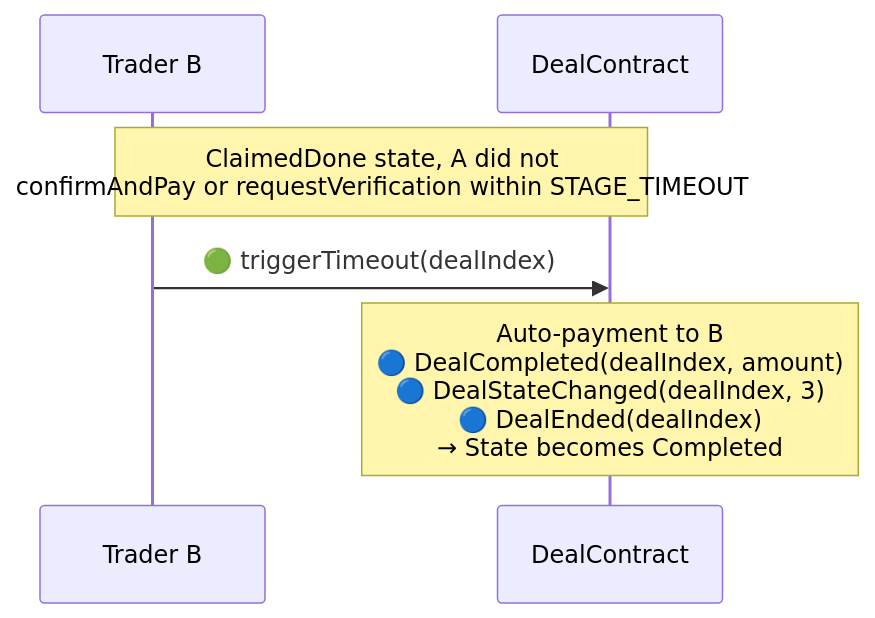
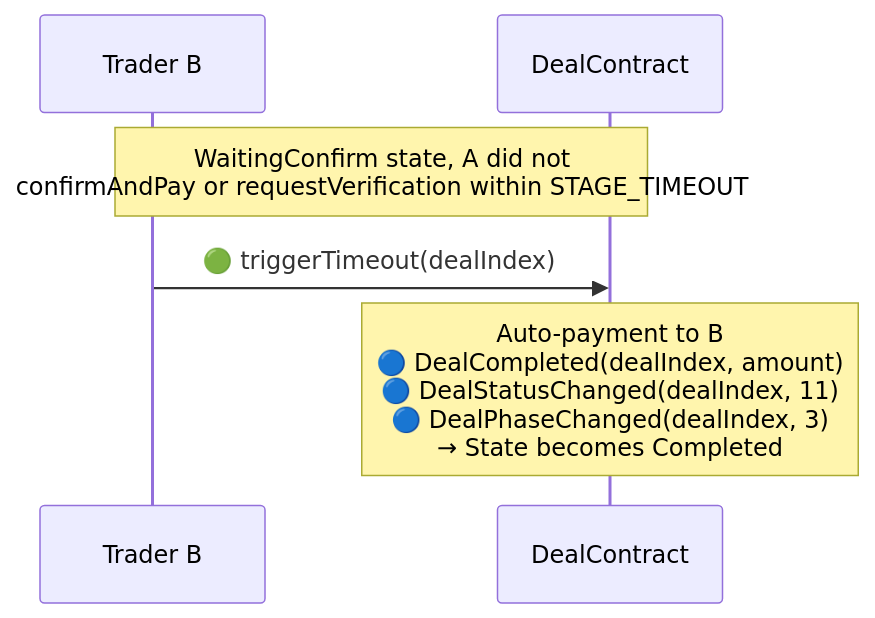
One commit to synctxai/synctx changed the fifth of 9 diagrams in examples/x-quote/x-quote-design.md. Above: the diagram before and after it, drawn with Mermaid. The commit also changed other lines of this file and 74 other files, not shown here.

````diff
--- a/examples/x-quote/x-quote-design.md
+++ b/examples/x-quote/x-quote-design.md
@@ -352,9 +373,9 @@
 ```mermaid
 sequenceDiagram
     participant B as Trader B
     participant D as DealContract
 
-    Note over B,D: ClaimedDone state, A did not<br/>confirmAndPay or requestVerification within STAGE_TIMEOUT
+    Note over B,D: WaitingConfirm state, A did not<br/>confirmAndPay or requestVerification within STAGE_TIMEOUT
     B->>D: 🟢 triggerTimeout(dealIndex)
-    Note over D: Auto-payment to B<br/>🔵 DealCompleted(dealIndex, amount)<br/>🔵 DealStateChanged(dealIndex, 3)<br/>🔵 DealEnded(dealIndex)<br/>→ State becomes Completed
+    Note over D: Auto-payment to B<br/>🔵 DealCompleted(dealIndex, amount)<br/>🔵 DealStatusChanged(dealIndex, 11)<br/>🔵 DealPhaseChanged(dealIndex, 3)<br/>→ State becomes Completed
 ```
````
